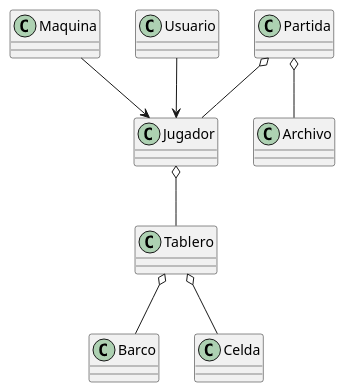
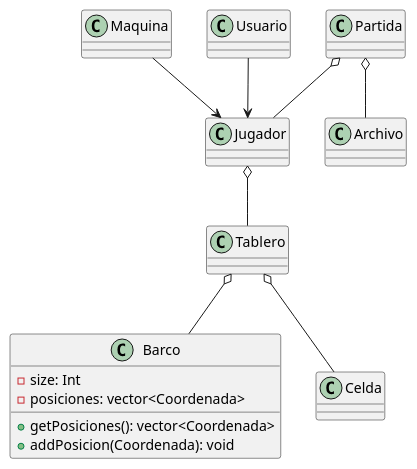
The diagram in docs/diagrama.wsd (santiago6124/ProyectoFinalProg2), drawn with PlantUML before and after one commit.

Commit message:
diagram v3 updated

```diff
--- a/docs/diagrama.wsd
+++ b/docs/diagrama.wsd
@@ -1,42 +1,46 @@
 @startuml
 
 
 class Tablero {
 }
 
 class Jugador {
 }
 
 Jugador o-- Tablero
 
 class Maquina {
 }
 
 class Usuario{
 }
 
 Maquina --> Jugador
 Usuario --> Jugador
 
 class Barco {
+    - size: Int
+    - posiciones: vector<Coordenada>
+    + getPosiciones(): vector<Coordenada>
+    + addPosicion(Coordenada): void
 }
 
 Tablero o-- Barco
 
 ' Casillero=Coordenada=Celda
 class Celda{
 }
 
 Tablero o-- Celda
 
 class Partida{
 }
 
 Partida o-- Jugador
 
 class Archivo{
 }
 
 Partida o-- Archivo
 
 @enduml
```
